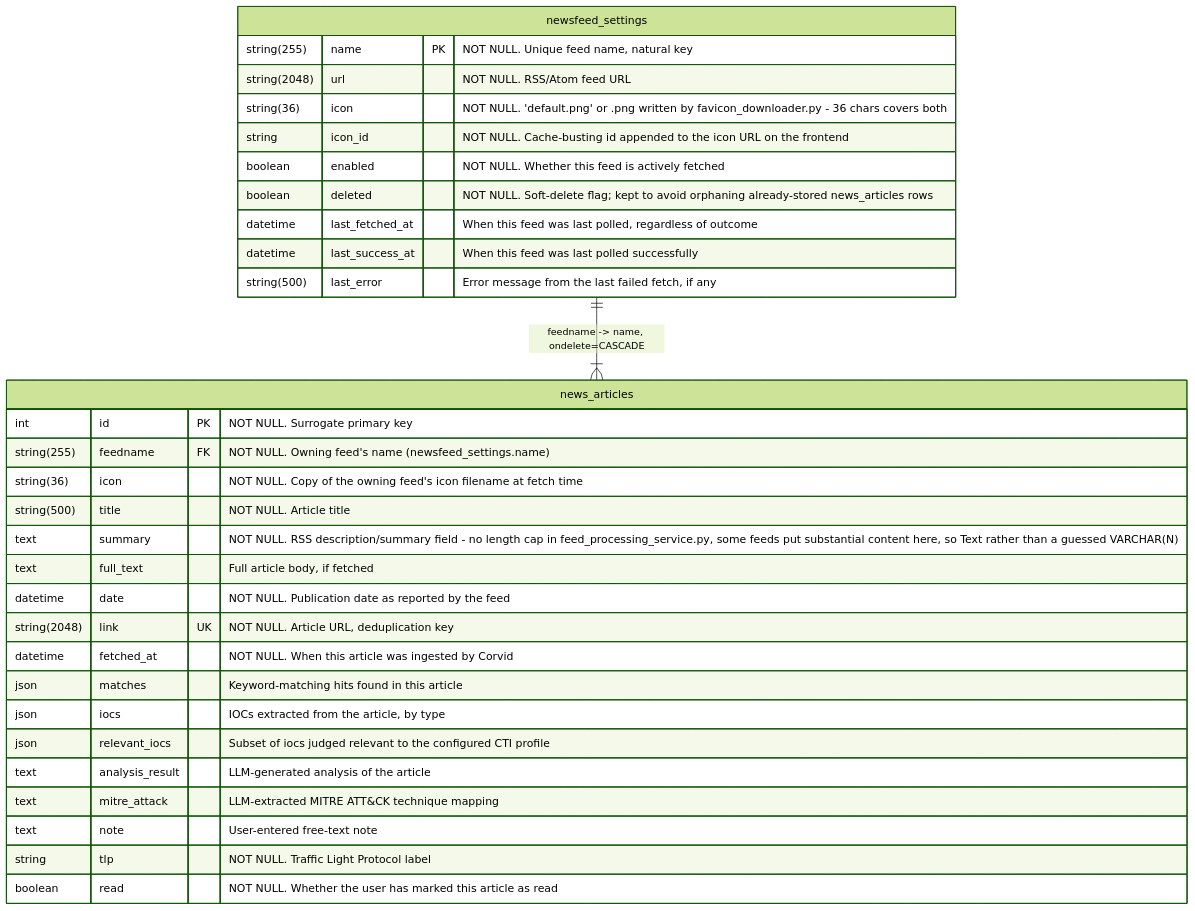
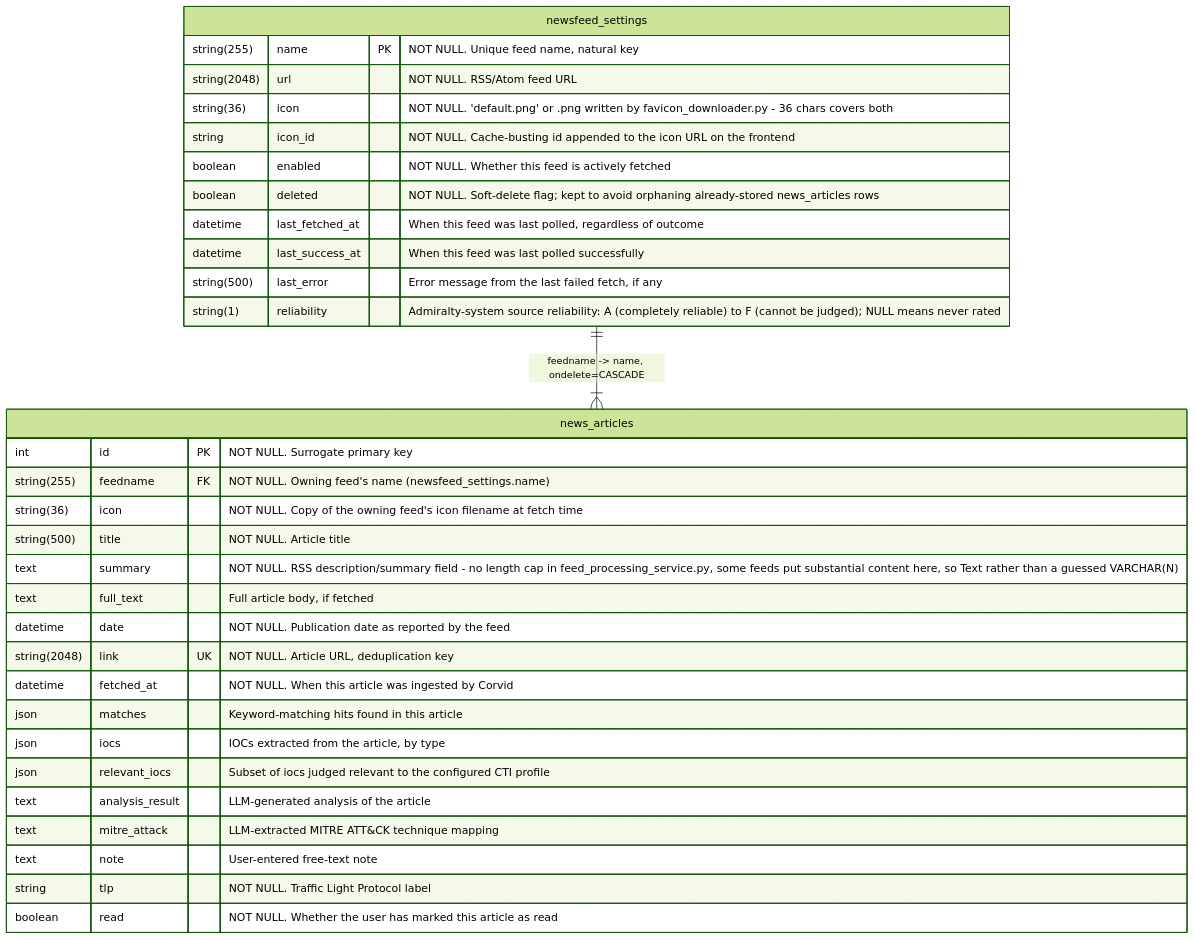
Before and after one commit to z0rats/corvid: the fourth of 7 diagrams in docs/database-schema.md, drawn with Mermaid (forest theme). The commit also changed other lines of this file and 163 other files, not shown here.

First line of the commit message:
feat: user_scanner email source, username-search pivots/site-check/confidence, newsfeed reliability; docs review and drift gates (#115)

````diff
--- a/docs/database-schema.md
+++ b/docs/database-schema.md
@@ -92,35 +96,36 @@
 ```mermaid
 erDiagram
     news_articles {
         int id PK "NOT NULL. Surrogate primary key"
         string(255) feedname FK "NOT NULL. Owning feed's name (newsfeed_settings.name)"
         string(36) icon "NOT NULL. Copy of the owning feed's icon filename at fetch time"
         string(500) title "NOT NULL. Article title"
         text summary "NOT NULL. RSS description/summary field - no length cap in feed_processing_service.py, some feeds put substantial content here, so Text rather than a guessed VARCHAR(N)"
         text full_text "Full article body, if fetched"
         datetime date "NOT NULL. Publication date as reported by the feed"
         string(2048) link UK "NOT NULL. Article URL, deduplication key"
         datetime fetched_at "NOT NULL. When this article was ingested by Corvid"
         json matches "Keyword-matching hits found in this article"
         json iocs "IOCs extracted from the article, by type"
         json relevant_iocs "Subset of iocs judged relevant to the configured CTI profile"
         text analysis_result "LLM-generated analysis of the article"
         text mitre_attack "LLM-extracted MITRE ATT&CK technique mapping"
         text note "User-entered free-text note"
         string tlp "NOT NULL. Traffic Light Protocol label"
         boolean read "NOT NULL. Whether the user has marked this article as read"
     }
     newsfeed_settings {
         string(255) name PK "NOT NULL. Unique feed name, natural key"
         string(2048) url "NOT NULL. RSS/Atom feed URL"
         string(36) icon "NOT NULL. 'default.png' or <uuid4().hex>.png written by favicon_downloader.py - 36 chars covers both"
         string icon_id "NOT NULL. Cache-busting id appended to the icon URL on the frontend"
         boolean enabled "NOT NULL. Whether this feed is actively fetched"
         boolean deleted "NOT NULL. Soft-delete flag; kept to avoid orphaning already-stored news_articles rows"
         datetime last_fetched_at "When this feed was last polled, regardless of outcome"
         datetime last_success_at "When this feed was last polled successfully"
         string(500) last_error "Error message from the last failed fetch, if any"
+        string(1) reliability "Admiralty-system source reliability: A (completely reliable) to F (cannot be judged); NULL means never rated"
     }
 
     newsfeed_settings ||--|{ news_articles : "feedname -> name, ondelete=CASCADE"
 ```
````
